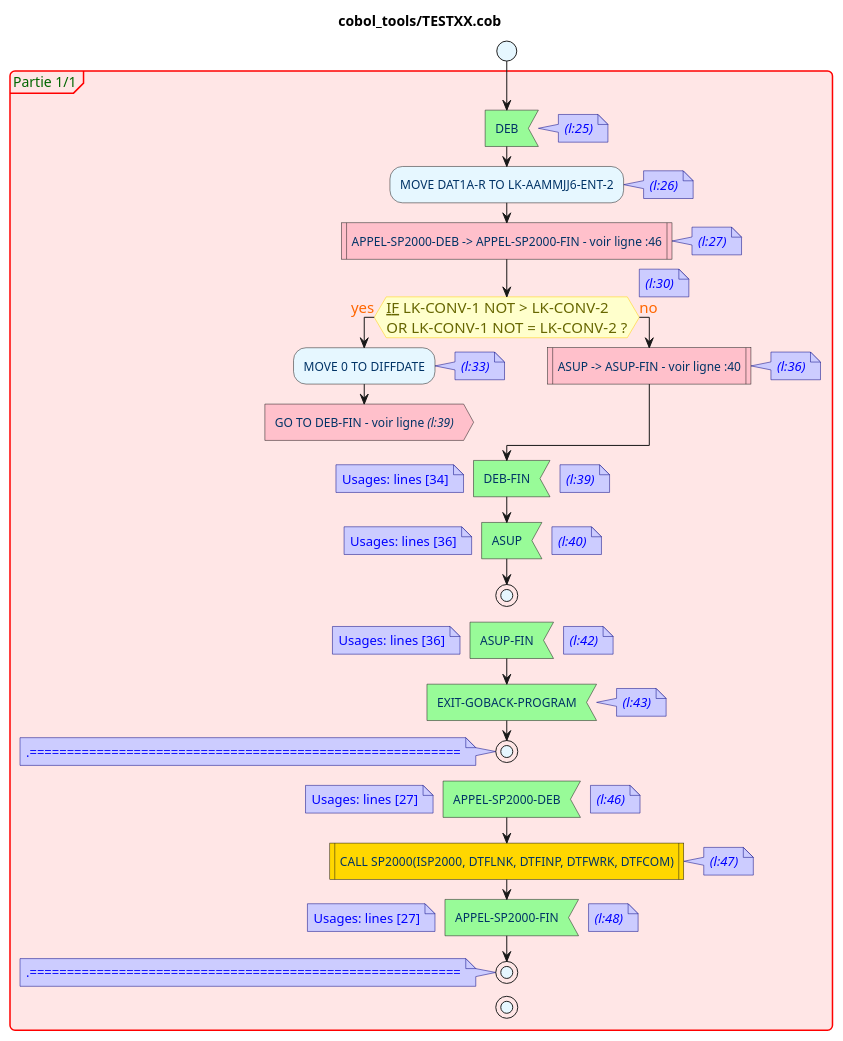
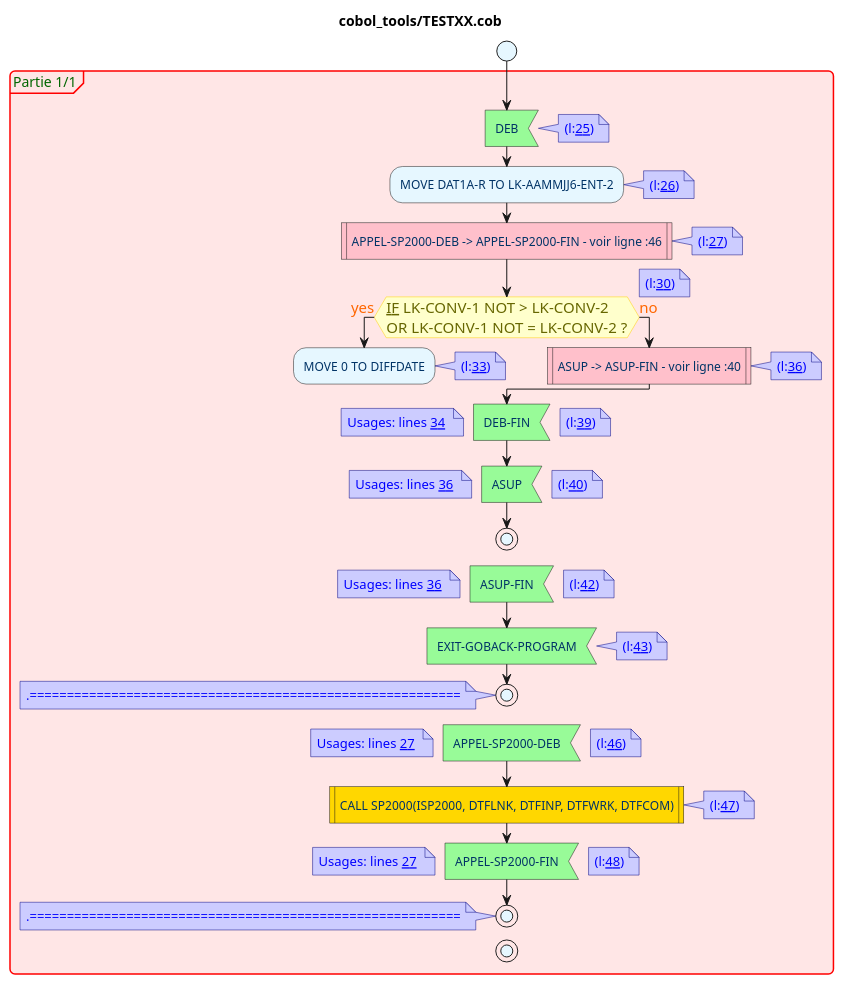
One commit to Moustov/cobol_tools changed the diagram in activity_diagram_1.puml. Above: the diagram before and after it, drawn with PlantUML. The commit also changed 7 other files, not shown here.

Commit message:
link to lines in gitlab

```diff
--- a/activity_diagram_1.puml
+++ b/activity_diagram_1.puml
@@ -1,125 +1,108 @@
 @startuml
 <style>
 activityDiagram {
   BackgroundColor #E6F7FF
   BorderColor #3399FF
   FontColor #003366
   FontName arial
 
   diamond {
     BackgroundColor #FFFFCC
     LineColor #FFCC00
     FontColor #666600
     FontName arial
     FontSize 15
   }
   arrow {
     FontColor #FF6600
     FontName arial
     FontSize 15
   }
   partition {
     LineColor #FF0000
     FontColor #006600
     RoundCorner 10
     BackgroundColor #FFE6E6
   }
   note {
     FontColor #0000FF
     LineColor #000080
     BackgroundColor #CCCCFF
   }
 }
 document {
    BackgroundColor White
 }
 </style>
 title cobol_tools/TESTXX.cob
 start
 partition Partie 1/1{
-	#palegreen:DEB<
-	
-note right: //(l:25)//
+	#palegreen:DEB< 	
+note right: (l:[[http://gitlab.altair.recouv/999/cobol_tools/-/tree/livraison/TESTXX.cob#L25 25]])
 
-	:MOVE DAT1A-R TO LK-AAMMJJ6-ENT-2;
-	
-note right: //(l:26)//
+	:MOVE DAT1A-R TO LK-AAMMJJ6-ENT-2; 	
+note right: (l:[[http://gitlab.altair.recouv/999/cobol_tools/-/tree/livraison/TESTXX.cob#L26 26]])
 
-	#Pink:APPEL-SP2000-DEB -> APPEL-SP2000-FIN - voir ligne :46; <<procedure>>
-	
-note right: //(l:27)//
+	#Pink:APPEL-SP2000-DEB -> APPEL-SP2000-FIN - voir ligne :46; <<procedure>> 
+note right: (l:[[http://gitlab.altair.recouv/999/cobol_tools/-/tree/livraison/TESTXX.cob#L27 27]])
+ 		if (__IF__ LK-CONV-1 NOT > LK-CONV-2\nOR LK-CONV-1 NOT = LK-CONV-2 ?) then (yes) 
+note right: (l:[[http://gitlab.altair.recouv/999/cobol_tools/-/tree/livraison/TESTXX.cob#L30 30]])
 
-		if (__IF__ LK-CONV-1 NOT > LK-CONV-2\nOR LK-CONV-1 NOT = LK-CONV-2 ?) then (yes)
-						
-note right: //(l:30)//
+		:MOVE 0 TO DIFFDATE; 		
+note right: (l:[[http://gitlab.altair.recouv/999/cobol_tools/-/tree/livraison/TESTXX.cob#L33 33]])
 
-		:MOVE 0 TO DIFFDATE;
-		
-note right: //(l:33)//
+		#Pink:GO TO DEB-FIN - voir ligne //(l:39)//> 		detach
+		else (no) 
+note right: (l:[[http://gitlab.altair.recouv/999/cobol_tools/-/tree/livraison/TESTXX.cob#L35 35]])
 
-		#Pink:GO TO DEB-FIN - voir ligne //(l:39)//> 
-		detach
-		else (no)
-						
-note right: //(l:35)//
-
-		#Pink:ASUP -> ASUP-FIN - voir ligne :40; <<procedure>>
-		
-note right: //(l:36)//
-
-		endif
-	#palegreen:DEB-FIN<
-	
-note right: //(l:39)//
+		#Pink:ASUP -> ASUP-FIN - voir ligne :40; <<procedure>> 
+note right: (l:[[http://gitlab.altair.recouv/999/cobol_tools/-/tree/livraison/TESTXX.cob#L36 36]])
+ 		endif
+	#palegreen:DEB-FIN< 	
+note right: (l:[[http://gitlab.altair.recouv/999/cobol_tools/-/tree/livraison/TESTXX.cob#L39 39]])
 
 	note
-					Usages: lines [34]
+					Usages: lines [[http://gitlab.altair.recouv/999/cobol_tools/-/tree/livraison/TESTXX.cob#L34 34]] 
 	end note
-	#palegreen:ASUP<
-	
-note right: //(l:40)//
+	#palegreen:ASUP< 	
+note right: (l:[[http://gitlab.altair.recouv/999/cobol_tools/-/tree/livraison/TESTXX.cob#L40 40]])
 
 	note
-					Usages: lines [36]
+					Usages: lines [[http://gitlab.altair.recouv/999/cobol_tools/-/tree/livraison/TESTXX.cob#L36 36]] 
 	end note
 	stop
-	#palegreen:ASUP-FIN<
-	
-note right: //(l:42)//
+	#palegreen:ASUP-FIN< 	
+note right: (l:[[http://gitlab.altair.recouv/999/cobol_tools/-/tree/livraison/TESTXX.cob#L42 42]])
 
 	note
-					Usages: lines [36]
+					Usages: lines [[http://gitlab.altair.recouv/999/cobol_tools/-/tree/livraison/TESTXX.cob#L36 36]] 
 	end note
-	#palegreen:EXIT-GOBACK-PROGRAM<
-	
-note right: //(l:43)//
+	#palegreen:EXIT-GOBACK-PROGRAM< 	
+note right: (l:[[http://gitlab.altair.recouv/999/cobol_tools/-/tree/livraison/TESTXX.cob#L43 43]])
 
 	stop
 	note
 					.==========================================================
 	end note
-	#palegreen:APPEL-SP2000-DEB<
-	
-note right: //(l:46)//
+	#palegreen:APPEL-SP2000-DEB< 	
+note right: (l:[[http://gitlab.altair.recouv/999/cobol_tools/-/tree/livraison/TESTXX.cob#L46 46]])
 
 	note
-					Usages: lines [27]
+					Usages: lines [[http://gitlab.altair.recouv/999/cobol_tools/-/tree/livraison/TESTXX.cob#L27 27]] 
 	end note
-	#Gold:CALL SP2000(ISP2000, DTFLNK, DTFINP, DTFWRK, DTFCOM)|
-	
-note right: //(l:47)//
+	#Gold:CALL SP2000(ISP2000, DTFLNK, DTFINP, DTFWRK, DTFCOM)| 
+note right: (l:[[http://gitlab.altair.recouv/999/cobol_tools/-/tree/livraison/TESTXX.cob#L47 47]])
 
-	#palegreen:APPEL-SP2000-FIN<
-	
-note right: //(l:48)//
+	#palegreen:APPEL-SP2000-FIN< 	
+note right: (l:[[http://gitlab.altair.recouv/999/cobol_tools/-/tree/livraison/TESTXX.cob#L48 48]])
 
 	note
-					Usages: lines [27]
+					Usages: lines [[http://gitlab.altair.recouv/999/cobol_tools/-/tree/livraison/TESTXX.cob#L27 27]] 
 	end note
 	stop
 	note
 					.==========================================================
 	end note
 stop
 }
 @enduml
```
